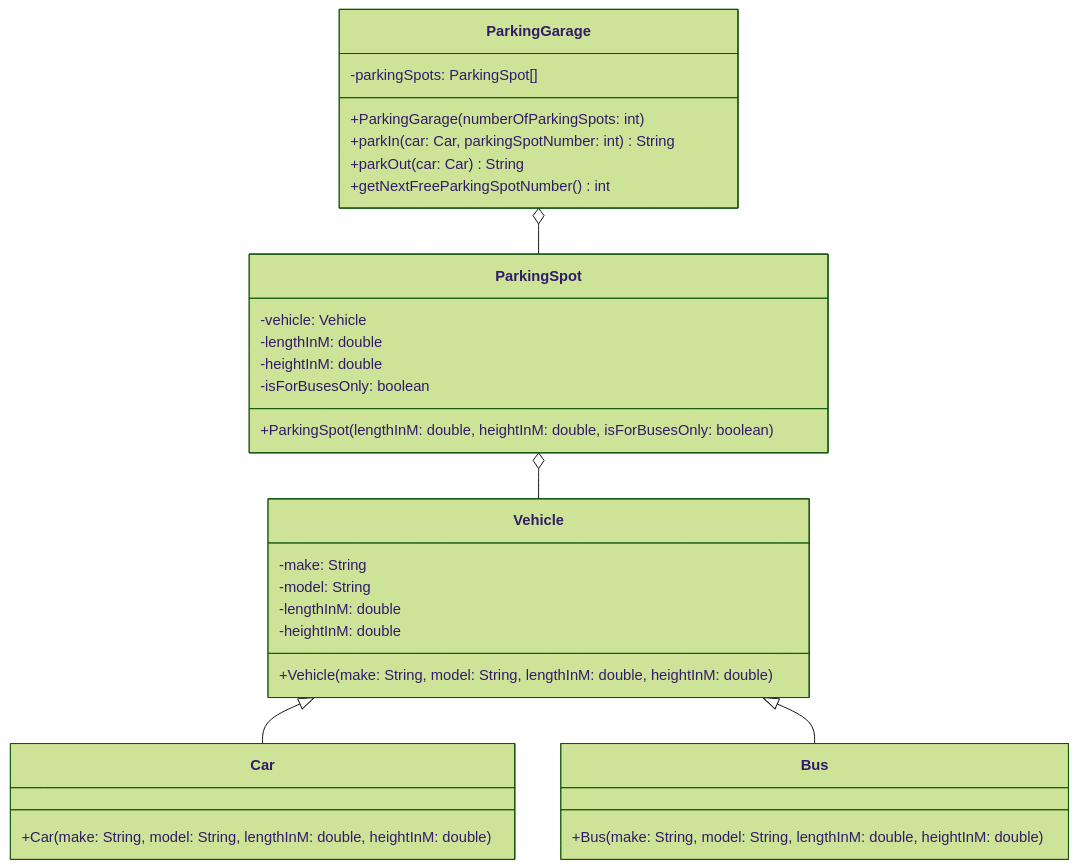
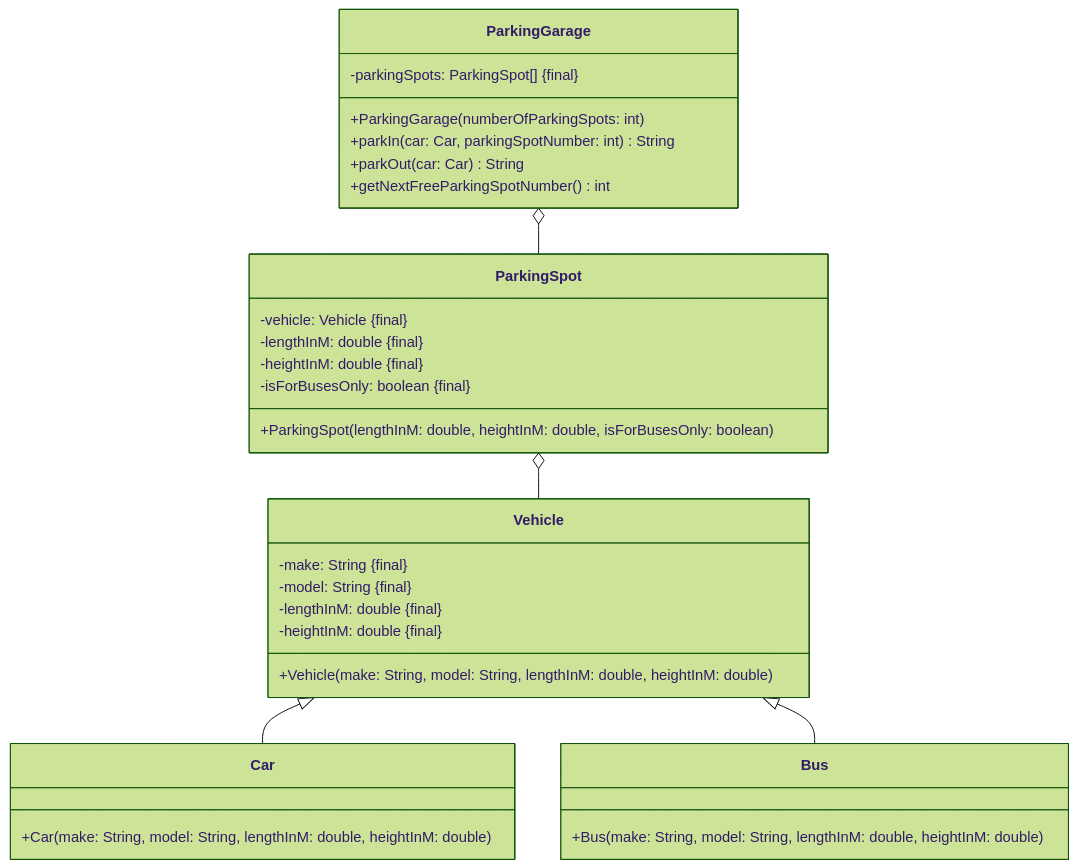
One commit to jappuccini/java-docs changed the diagram in docs/exam-exercises/exam-exercises-java1/parking-garage.md. Above: the diagram before and after it, drawn with Mermaid (forest theme). The commit also changed 24 other files, not shown here.

````diff
--- a/docs/exam-exercises/exam-exercises-java1/parking-garage.md
+++ b/docs/exam-exercises/exam-exercises-java1/parking-garage.md
@@ -12,39 +12,39 @@
 ```mermaid
 classDiagram
     ParkingGarage o-- ParkingSpot
     ParkingSpot o-- Vehicle
     Vehicle <|-- Car
     Vehicle <|-- Bus
 
     class ParkingSpot {
-        -vehicle: Vehicle
-        -lengthInM: double
-        -heightInM: double
-        -isForBusesOnly: boolean
+        -vehicle: Vehicle &#123final&#125
+        -lengthInM: double &#123final&#125
+        -heightInM: double &#123final&#125
+        -isForBusesOnly: boolean &#123final&#125
         +ParkingSpot(lengthInM: double, heightInM: double, isForBusesOnly: boolean)
     }
 
     class Vehicle {
-        -make: String
-        -model: String
-        -lengthInM: double
-        -heightInM: double
+        -make: String &#123final&#125
+        -model: String &#123final&#125
+        -lengthInM: double &#123final&#125
+        -heightInM: double &#123final&#125
         +Vehicle(make: String, model: String, lengthInM: double, heightInM: double)
     }
 
     class Car {
         +Car(make: String, model: String, lengthInM: double, heightInM: double)
     }
 
     class Bus {
         +Bus(make: String, model: String, lengthInM: double, heightInM: double)
     }
 
     class ParkingGarage {
-        -parkingSpots: ParkingSpot[]
+        -parkingSpots: ParkingSpot[] &#123final&#125
         +ParkingGarage(numberOfParkingSpots: int)
         +parkIn(car: Car, parkingSpotNumber: int) String
         +parkOut(car: Car) String
         +getNextFreeParkingSpotNumber() int
     }
 ```
````
